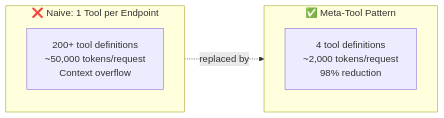
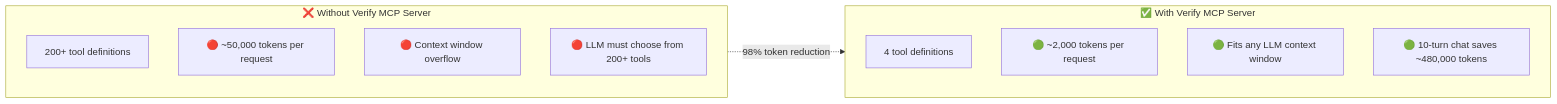
One commit to IBM/verify-mcp-server changed the fourth of 4 diagrams in README.md. Above: the diagram before and after it, drawn with Mermaid. The commit also changed other lines of this file, not shown here.

Commit message:
docs: improve diagrams, remove VS Code Copilot section, update contacts

````diff
--- a/README.md
+++ b/README.md
@@ -337,12 +338,20 @@
 ```mermaid
 graph LR
-    subgraph NAIVE["❌ Naive: 1 Tool per Endpoint"]
-        A["200+ tool definitions\n~50,000 tokens/request\nContext overflow"]
+    subgraph NAIVE["❌ Without Verify MCP Server"]
+        direction TB
+        NA["200+ tool definitions"]
+        NB["🔴 ~50,000 tokens per request"]
+        NC["🔴 Context window overflow"]
+        ND["🔴 LLM must choose from 200+ tools"]
     end
 
-    subgraph META["✅ Meta-Tool Pattern"]
-        B["4 tool definitions\n~2,000 tokens/request\n98% reduction"]
+    subgraph META["✅ With Verify MCP Server"]
+        direction TB
+        MA["4 tool definitions"]
+        MB["🟢 ~2,000 tokens per request"]
+        MC["🟢 Fits any LLM context window"]
+        MD["🟢 10-turn chat saves ~480,000 tokens"]
     end
 
-    NAIVE -.->|"replaced by"| META
+    NAIVE -.->|"98% token reduction"| META
 ```
````
